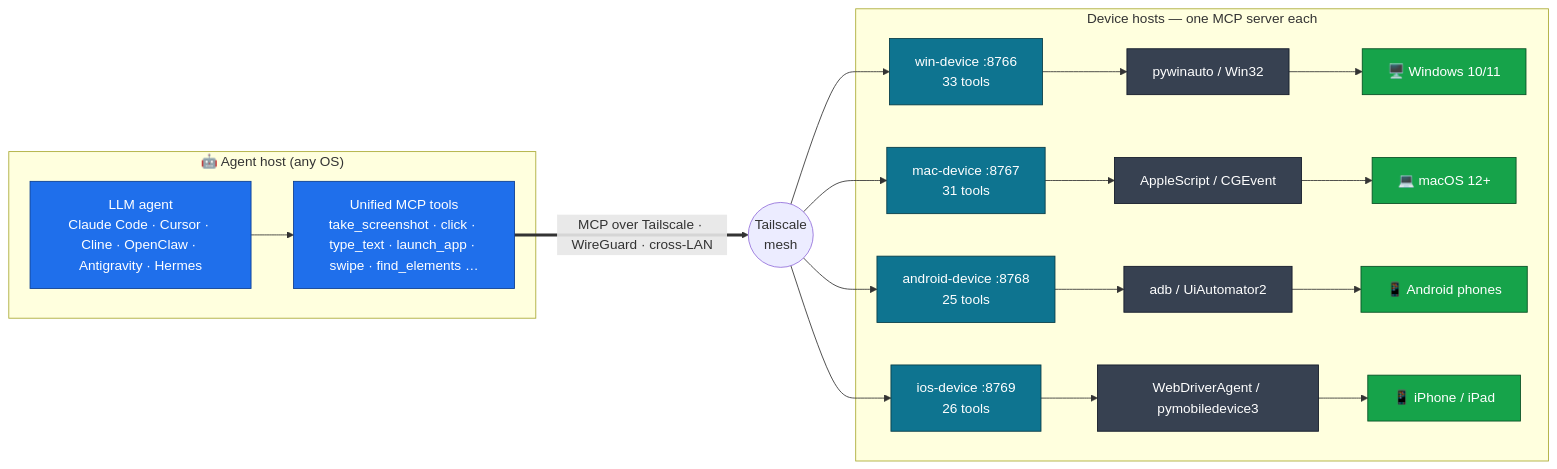
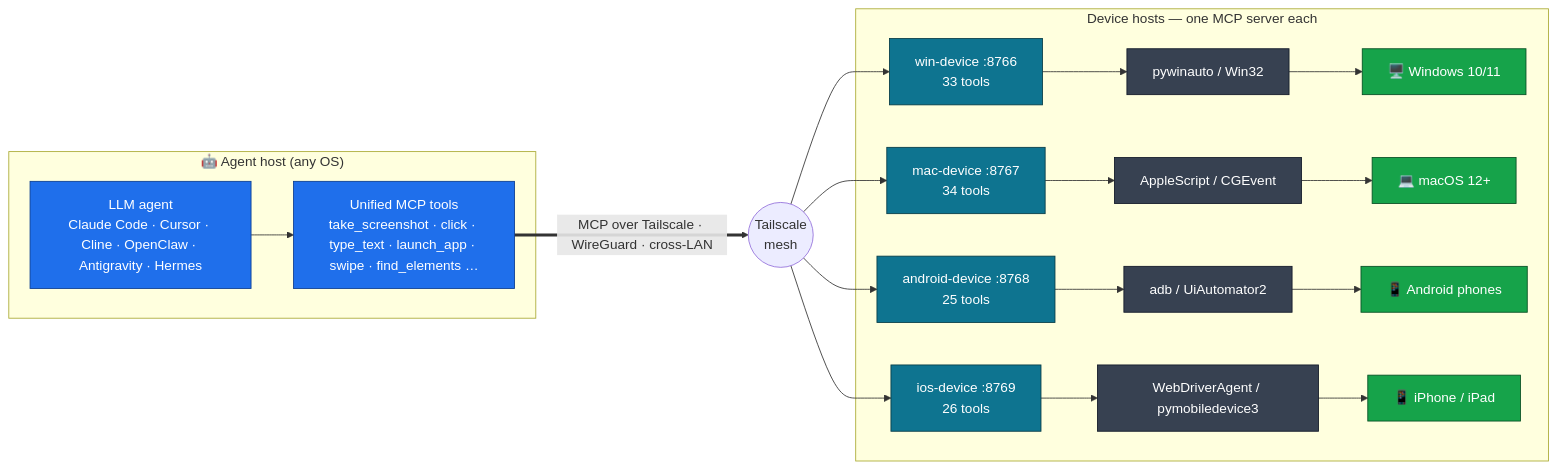
Before and after one commit to metahub-tech/agent-fleet: the diagram in README.de.md, drawn with Mermaid. The commit also changed other lines of this file and 13 other files, not shown here.

````diff
--- a/README.de.md
+++ b/README.de.md
@@ -95,24 +95,24 @@
 ```mermaid
 flowchart LR
   subgraph AGENT["🤖 Agent host (any OS)"]
     A["LLM agent<br/>Claude Code · Cursor · Cline · OpenClaw · Antigravity · Hermes"]
     TOOLS["Unified MCP tools<br/>take_screenshot · click · type_text · launch_app · swipe · find_elements …"]
     A --> TOOLS
   end
   TOOLS ==>|"MCP over Tailscale · WireGuard · cross-LAN"| MESH(("Tailscale<br/>mesh"))
   MESH --> W & M & D & I
   subgraph DEVICES["Device hosts — one MCP server each"]
     W["win-device :8766<br/>33 tools"] --> WDRV["pywinauto / Win32"] --> WP["🖥️ Windows 10/11"]
-    M["mac-device :8767<br/>31 tools"] --> MDRV["AppleScript / CGEvent"] --> MP["💻 macOS 12+"]
+    M["mac-device :8767<br/>34 tools"] --> MDRV["AppleScript / CGEvent"] --> MP["💻 macOS 12+"]
     D["android-device :8768<br/>25 tools"] --> DDRV["adb / UiAutomator2"] --> DP["📱 Android phones"]
     I["ios-device :8769<br/>26 tools"] --> IDRV["WebDriverAgent / pymobiledevice3"] --> IP["📱 iPhone / iPad"]
   end
   classDef agent fill:#1f6feb,stroke:#0b3d91,color:#fff
   classDef srv fill:#0e7490,stroke:#063b46,color:#fff
   classDef drv fill:#374151,stroke:#111827,color:#fff
   classDef dev fill:#16a34a,stroke:#064e23,color:#fff
   class A,TOOLS agent
   class W,M,D,I srv
   class WDRV,MDRV,DDRV,IDRV drv
   class WP,MP,DP,IP dev
 ```
````
